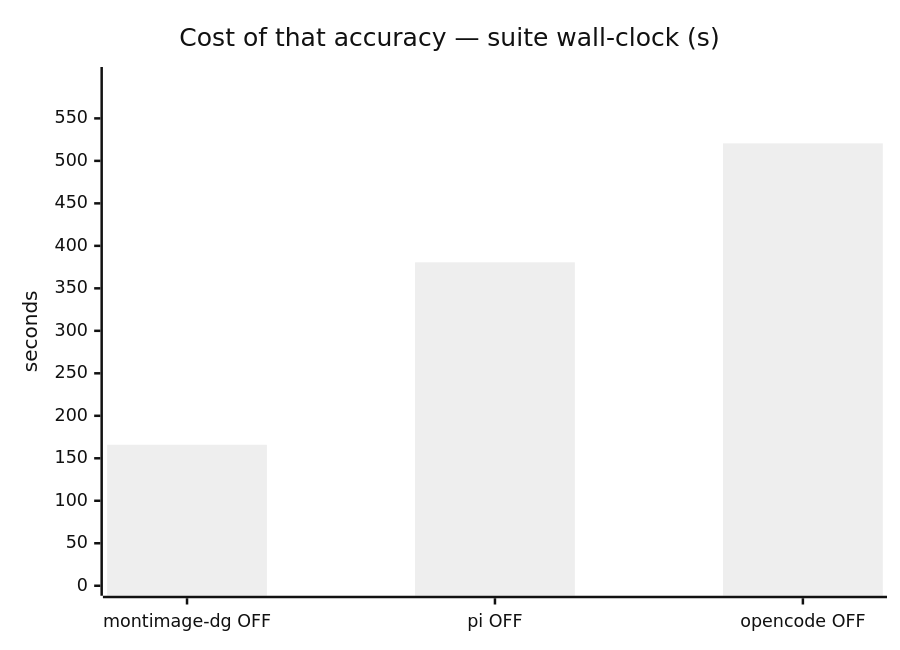
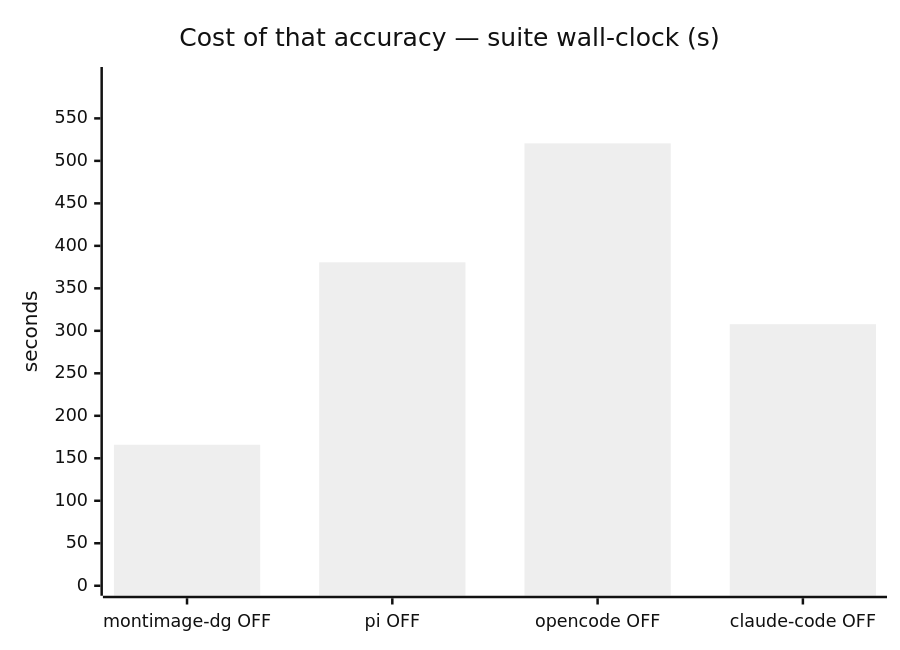
One commit to luongnv89/dgx-spark-llm-lab changed the second of 6 diagrams in results/2026-08-20-pi-harness/REPORT-hard.md. Above: the diagram before and after it, drawn with Mermaid (neutral theme). The commit also changed other lines of this file and 12 other files, not shown here.

First line of the commit message:
Add the Claude Code harness adapter and fold it into the comparison (#1)

````diff
--- a/results/2026-08-20-pi-harness/REPORT-hard.md
+++ b/results/2026-08-20-pi-harness/REPORT-hard.md
@@ -35,7 +38,7 @@
 ```mermaid
 xychart-beta
     title "Cost of that accuracy — suite wall-clock (s)"
-    x-axis ["montimage-dg OFF", "pi OFF", "opencode OFF"]
+    x-axis ["montimage-dg OFF", "pi OFF", "opencode OFF", "claude-code OFF"]
     y-axis "seconds" 0 --> 598.7
-    bar [165.9, 380.6, 520.6]
+    bar [165.9, 380.6, 520.6, 307.8]
 ```
````
